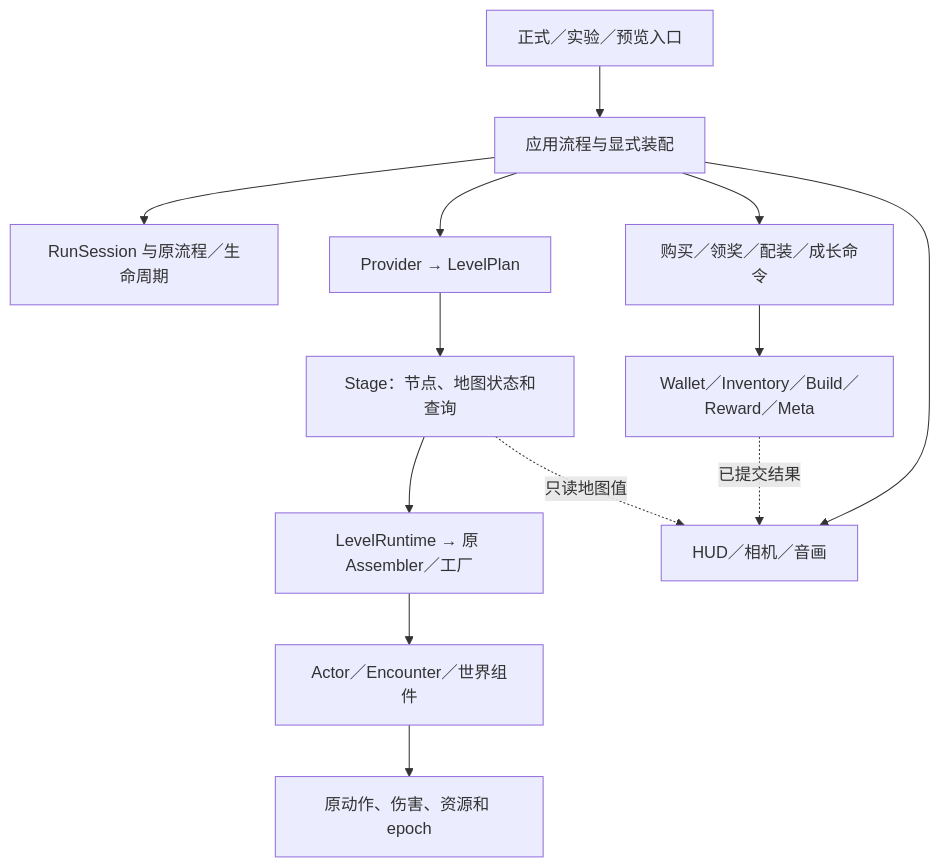
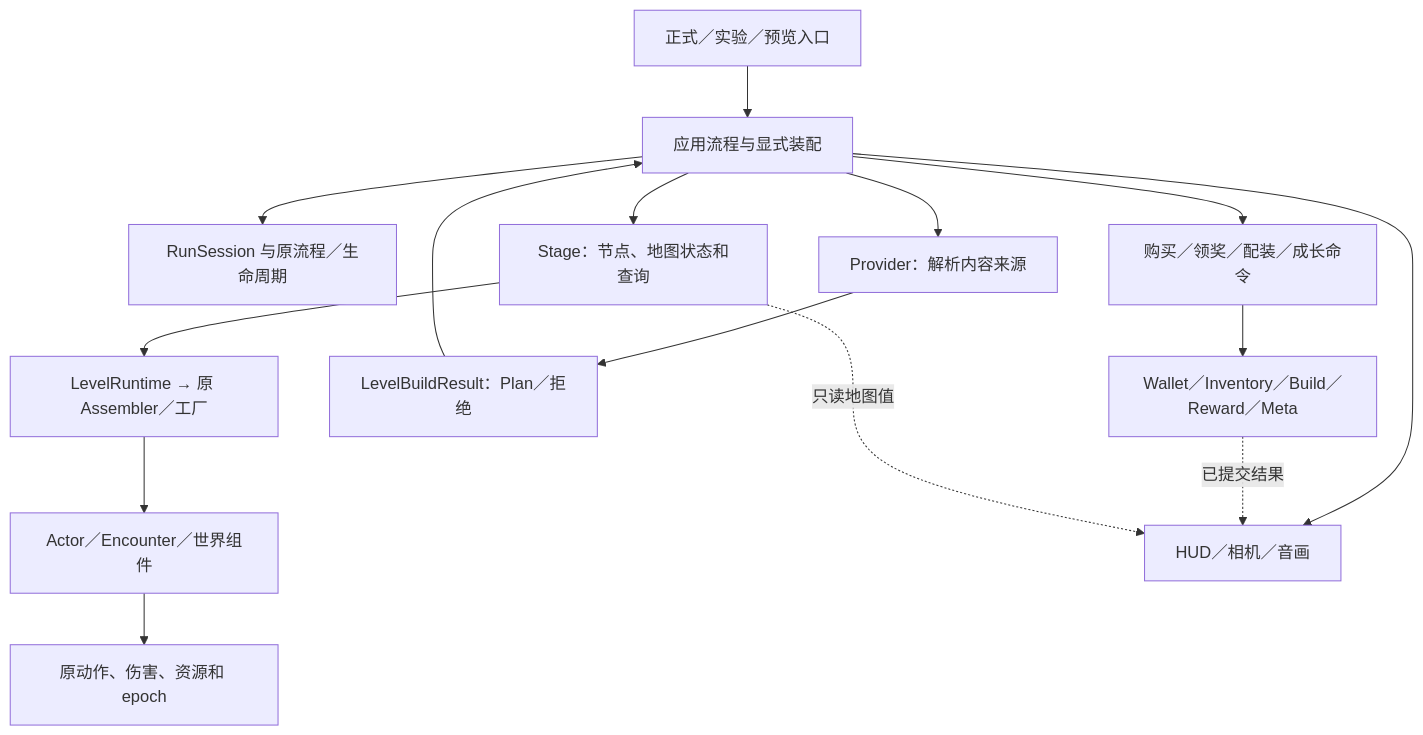
One commit to zhipijun1996/gunman-rush changed the diagram in docs/worklines/game_architecture_01/architecture_closeout.md. Above: the diagram before and after it, drawn with Mermaid. The commit also changed other lines of this file and 83 other files, not shown here.

Commit message:
docs: close architecture refactor with exact validation and handoff

````diff
--- a/docs/worklines/game_architecture_01/architecture_closeout.md
+++ b/docs/worklines/game_architecture_01/architecture_closeout.md
@@ -17,15 +17,17 @@
 ```mermaid
 flowchart TD
   Entry[正式／实验／预览入口] --> App[应用流程与显式装配]
   App --> Session[RunSession 与原流程／生命周期]
   App --> Commands[购买／领奖／配装／成长命令]
   Commands --> Owners[Wallet／Inventory／Build／Reward／Meta]
-  App --> Provider[Provider → LevelPlan]
-  Provider --> Stage[Stage：节点、地图状态和查询]
+  App --> Provider[Provider：解析内容来源]
+  Provider --> Plan[LevelBuildResult：Plan／拒绝]
+  Plan --> App
+  App --> Stage[Stage：节点、地图状态和查询]
   Stage --> Runtime[LevelRuntime → 原 Assembler／工厂]
   Runtime --> Actors[Actor／Encounter／世界组件]
   Actors --> Combat[原动作、伤害、资源和 epoch]
   App --> View[HUD／相机／音画]
   Owners -.已提交结果.-> View
   Stage -.只读地图值.-> View
 ```
````
